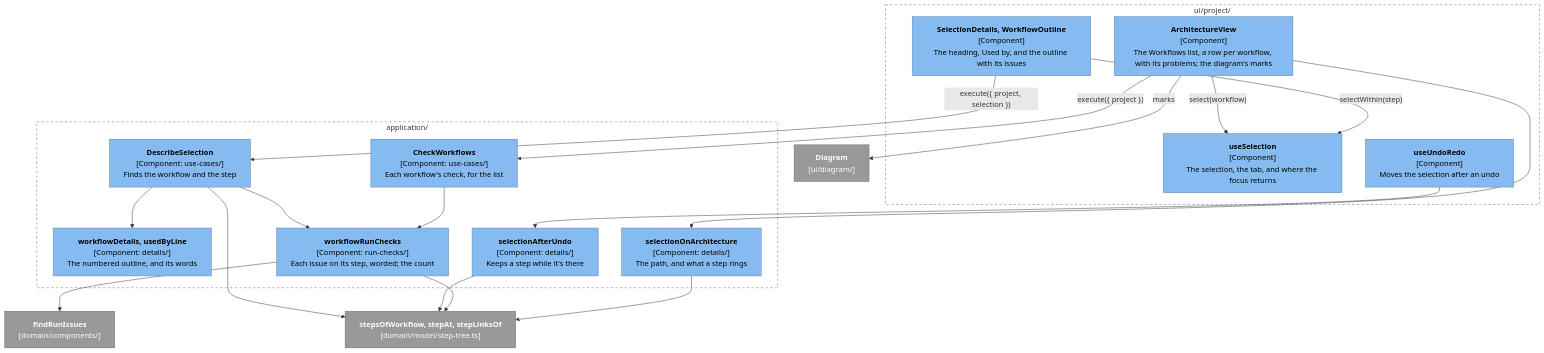
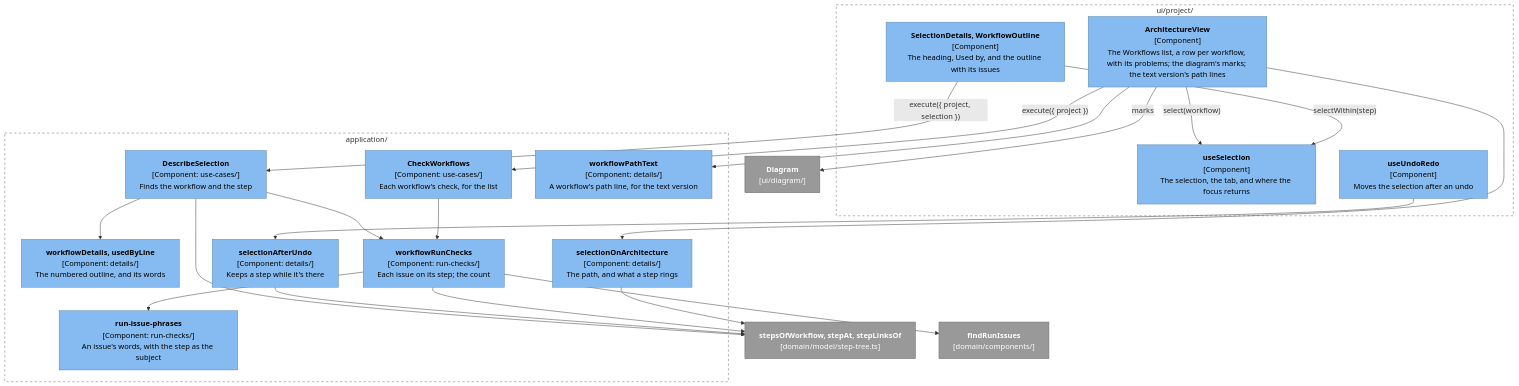
Before and after one commit to alanbickel/wind-tunnel: the second of 3 diagrams in docs/architecture/workflow-editor.md, drawn with Mermaid. The commit also changed other lines of this file and 12 other files, not shown here.

Commit message:
feat(ui): describe each workflow's path in the diagram's text version (#139)

````diff
--- a/docs/architecture/workflow-editor.md
+++ b/docs/architecture/workflow-editor.md
@@ -47,39 +55,43 @@
 ```mermaid
 %%{init: {"flowchart": {"wrappingWidth": 320}}}%%
 flowchart TB
     subgraph ui["ui/project/"]
-        list["<b>ArchitectureView</b><br/>[Component]<br/>The Workflows list, a row per workflow, with its problems; the diagram's marks"]:::component
+        list["<b>ArchitectureView</b><br/>[Component]<br/>The Workflows list, a row per workflow, with its problems; the diagram's marks; the text version's path lines"]:::component
         details["<b>SelectionDetails, WorkflowOutline</b><br/>[Component]<br/>The heading, Used by, and the outline with its issues"]:::component
         selecting["<b>useSelection</b><br/>[Component]<br/>The selection, the tab, and where the focus returns"]:::component
         undo["<b>useUndoRedo</b><br/>[Component]<br/>Moves the selection after an undo"]:::component
     end
     subgraph app["application/"]
         describeUc["<b>DescribeSelection</b><br/>[Component: use-cases/]<br/>Finds the workflow and the step"]:::component
         checkUc["<b>CheckWorkflows</b><br/>[Component: use-cases/]<br/>Each workflow's check, for the list"]:::component
         outline["<b>workflowDetails, usedByLine</b><br/>[Component: details/]<br/>The numbered outline, and its words"]:::component
-        checks["<b>workflowRunChecks</b><br/>[Component: run-checks/]<br/>Each issue on its step, worded; the count"]:::component
+        checks["<b>workflowRunChecks</b><br/>[Component: run-checks/]<br/>Each issue on its step; the count"]:::component
+        phrases["<b>run-issue-phrases</b><br/>[Component: run-checks/]<br/>An issue's words, with the step as the subject"]:::component
+        pathText["<b>workflowPathText</b><br/>[Component: details/]<br/>A workflow's path line, for the text version"]:::component
         afterUndo["<b>selectionAfterUndo</b><br/>[Component: details/]<br/>Keeps a step while it's there"]:::component
         onDiagram["<b>selectionOnArchitecture</b><br/>[Component: details/]<br/>The path, and what a step rings"]:::component
     end
     diagram["<b>Diagram</b><br/>[ui/diagram/]"]:::external
     stepTree["<b>stepsOfWorkflow, stepAt, stepLinksOf</b><br/>[domain/model/step-tree.ts]"]:::external
     findIssues["<b>findRunIssues</b><br/>[domain/components/]"]:::external
     list -->|"select(workflow)"| selecting
     list -->|"execute({ project })"| checkUc
     details -->|"selectWithin(step)"| selecting
     details -->|"execute({ project, selection })"| describeUc
     describeUc --> outline
     describeUc & checkUc --> checks
     checks --> findIssues
+    checks --> phrases
     describeUc & afterUndo & checks & onDiagram --> stepTree
     undo --> afterUndo
     list --> onDiagram
+    list --> pathText
     list -->|"marks"| diagram
     style ui fill:none,stroke:#666,stroke-dasharray:5 5
     style app fill:none,stroke:#666,stroke-dasharray:5 5
     classDef person fill:#08427b,stroke:#052e56,color:#fff
     classDef system fill:#1168bd,stroke:#0b4884,color:#fff
     classDef component fill:#85bbf0,stroke:#5d82a8,color:#000
     classDef external fill:#999,stroke:#6b6b6b,color:#fff
     classDef planned fill:#fff,stroke:#1168bd,color:#1168bd,stroke-dasharray:5 5
 ```
````
